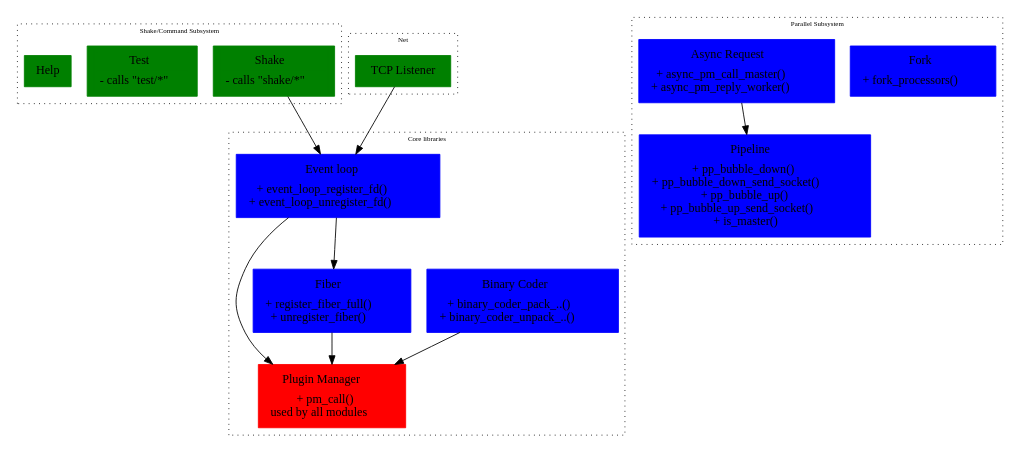
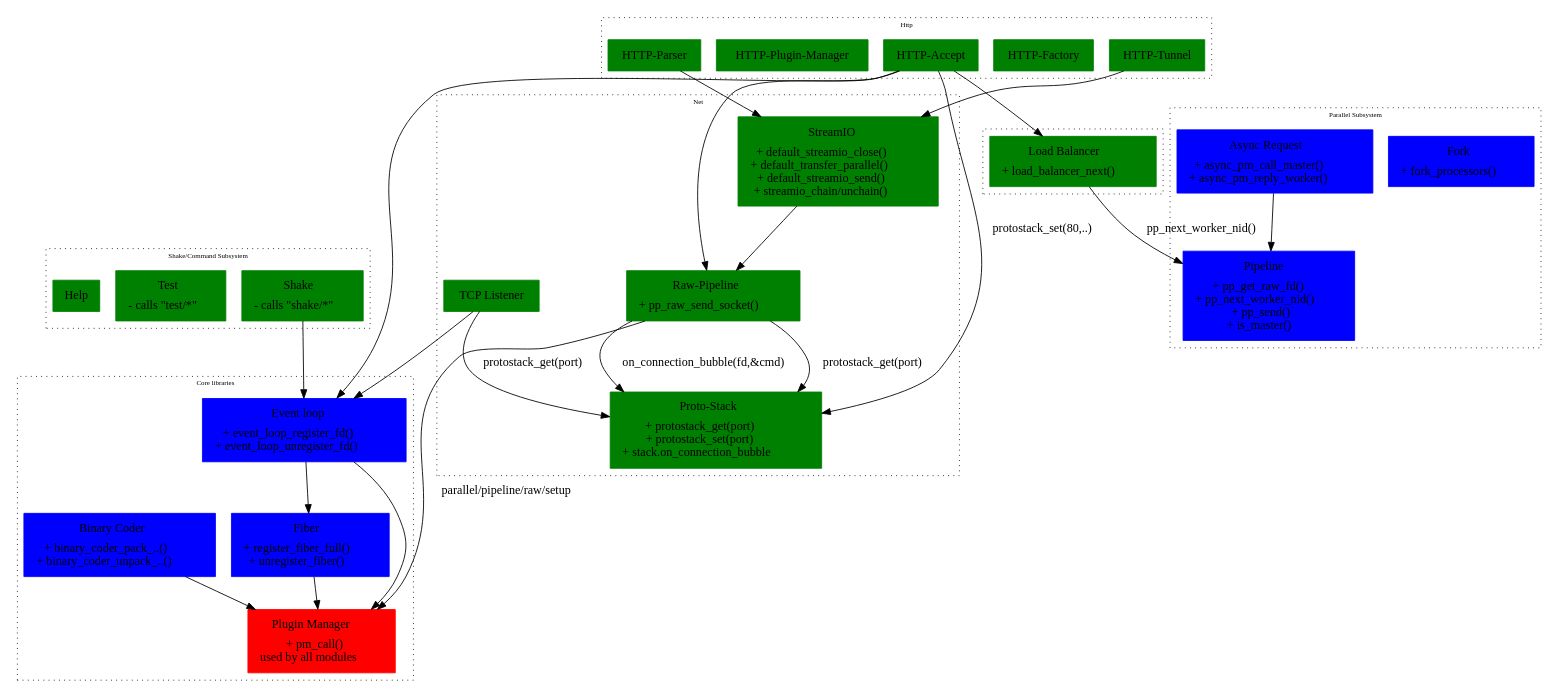
One commit to kamanashisroy/nginz changed the diagram in base/subsystems.dot. Above: the diagram before and after it, drawn with Graphviz. The commit also changed 3 other files, not shown here.

Commit message:
We added hierarchy diagram in nginz, we fixed the configuration file as well

```diff
--- a/base/subsystems.dot
+++ b/base/subsystems.dot
@@ -1,82 +1,126 @@
 digraph G {
         fontname = "Bitstream Vera Sans";
         fontsize = 8;
 	node [ shape = "record" style = "filled" ];
 
 	subgraph cluster_core_submodule {
 		graph [style="dotted" color="black"];
 		label = "Core libraries";
 		pm [
 			label = <<table><tr><td>Plugin Manager</td></tr><tr><td>+ pm_call()<br/>used by all modules</td></tr></table>>
 			color = "red"
 		];
 
 		fiber [
 			label = <<table><tr><td>Fiber</td></tr><tr><td>+ register_fiber_full()<br/>+ unregister_fiber()</td></tr></table>>
 			color = "blue"
 		];
 		fiber -> pm;
 		binary_coder [
 			label = <<table><tr><td>Binary Coder</td></tr><tr><td>+ binary_coder_pack_..()<br/>+ binary_coder_unpack_..()</td></tr></table>>
 			color = "blue"
 		];
 		binary_coder -> pm;
 
 		event_loop [
 			label = <<table><tr><td>Event loop</td></tr><tr><td>+ event_loop_register_fd()<br/>+ event_loop_unregister_fd()</td></tr></table>>
 			color = "blue"
 		];
 		event_loop -> fiber;
 		event_loop -> pm;
 
 	}
 
 	subgraph cluster_parallel {
 		graph [style="dotted" color="black"];
 		label = "Parallel Subsystem";
 		fork [
 			label = <<table><tr><td>Fork</td></tr><tr><td>+ fork_processors()</td></tr></table>>
 			color = "blue"
 		];
 		pipeline [
-			label = <<table><tr><td>Pipeline</td></tr><tr><td>+ pp_bubble_down()<br/>+ pp_bubble_down_send_socket()<br/>+ pp_bubble_up()<br/>+ pp_bubble_up_send_socket()<br/>+ is_master()</td></tr></table>>
+			label = <<table><tr><td>Pipeline</td></tr><tr><td>+ pp_get_raw_fd()<br/>+ pp_next_worker_nid()<br/>+ pp_send()<br/>+ is_master()</td></tr></table>>
 			color = "blue"
 		];
 		async_request [
 			label = <<table><tr><td>Async Request</td></tr><tr><td>+ async_pm_call_master()<br/>+ async_pm_reply_worker()</td></tr></table>>
 			color = "blue"
 		]
 		async_request -> pipeline
 	}
 	
 
 
 	subgraph cluster_shake_submodule {
 		graph [style="dotted" color="black"];
 		label = "Shake/Command Subsystem";
 		shake [
 			label = <<table><tr><td>Shake</td></tr><tr><td>- calls "shake/*"</td></tr></table>>
 			color = "green"
 		];
 
 		test [
 			label = <<table><tr><td>Test</td></tr><tr><td>- calls "test/*"</td></tr></table>>
 			color = "green"
 		];
 
 		help [
 			label = Help
 			color = "green"
 		];
 	}
 
 	shake -> event_loop [constraint = "true" lhead = "cluster_shake_submodule" ltail = "cluster_core_submodule"];
 
 	subgraph cluster_net {
 		graph [style="dotted" color="black"];
 		label = "Net";
+		protostack [
+			label = <<table><tr><td>Proto-Stack</td></tr><tr><td>+ protostack_get(port)<br/>+ protostack_set(port)<br/>+ stack.on_connection_bubble</td></tr></table>>
+			color = "green"
+		]
 		tcp_listener [label = "TCP Listener" color = "green"]
 		tcp_listener -> event_loop
+		tcp_listener -> protostack [label = "protostack_get(port)"]
+		raw_pipeline [label = "Raw-Pipeline" color = "green"]
+		raw_pipeline [
+			label = <<table><tr><td>Raw-Pipeline</td></tr><tr><td>+ pp_raw_send_socket()</td></tr></table>>
+			color = "green"
+		]
+		raw_pipeline -> pm [label = "parallel/pipeline/raw/setup"]
+		raw_pipeline -> protostack [label = "protostack_get(port)"]
+		raw_pipeline -> protostack [label = "on_connection_bubble(fd,&cmd)"]
+		streamio [
+			label = <<table><tr><td>StreamIO</td></tr><tr><td>+ default_streamio_close()<br/>+ default_transfer_parallel()<br/>+ default_streamio_send()<br/>+ streamio_chain/unchain()</td></tr></table>>
+			color = "green"
+		]
+		streamio -> raw_pipeline
 	}
 	
+	subgraph cluster_load_balancer {
+		graph [style="dotted" color="black"];
+		load_balancer [
+			label = <<table><tr><td>Load Balancer</td></tr><tr><td>+ load_balancer_next()</td></tr></table>>
+			color = "green"
+		]
+		load_balancer -> pipeline [label = "pp_next_worker_nid()"]
+	}
+
+	subgraph cluster_http {
+		graph [style="dotted" color="black"];
+		label = "Http";
+		http_accept [label = "HTTP-Accept" color = "green"]
+		http_accept -> protostack [label = "protostack_set(80,..)"]
+		http_accept -> event_loop
+		http_accept -> load_balancer
+		http_accept -> raw_pipeline
+		http_factory [label = "HTTP-Factory" color = "green"]
+		http_parser [label = "HTTP-Parser" color = "green"]
+		http_parser -> streamio
+		http_plugin_manager  [label = "HTTP-Plugin-Manager" color = "green"]
+		http_tunnel  [label = "HTTP-Tunnel" color = "green"]
+		http_tunnel -> streamio
+	}
+
+	
 }
```
